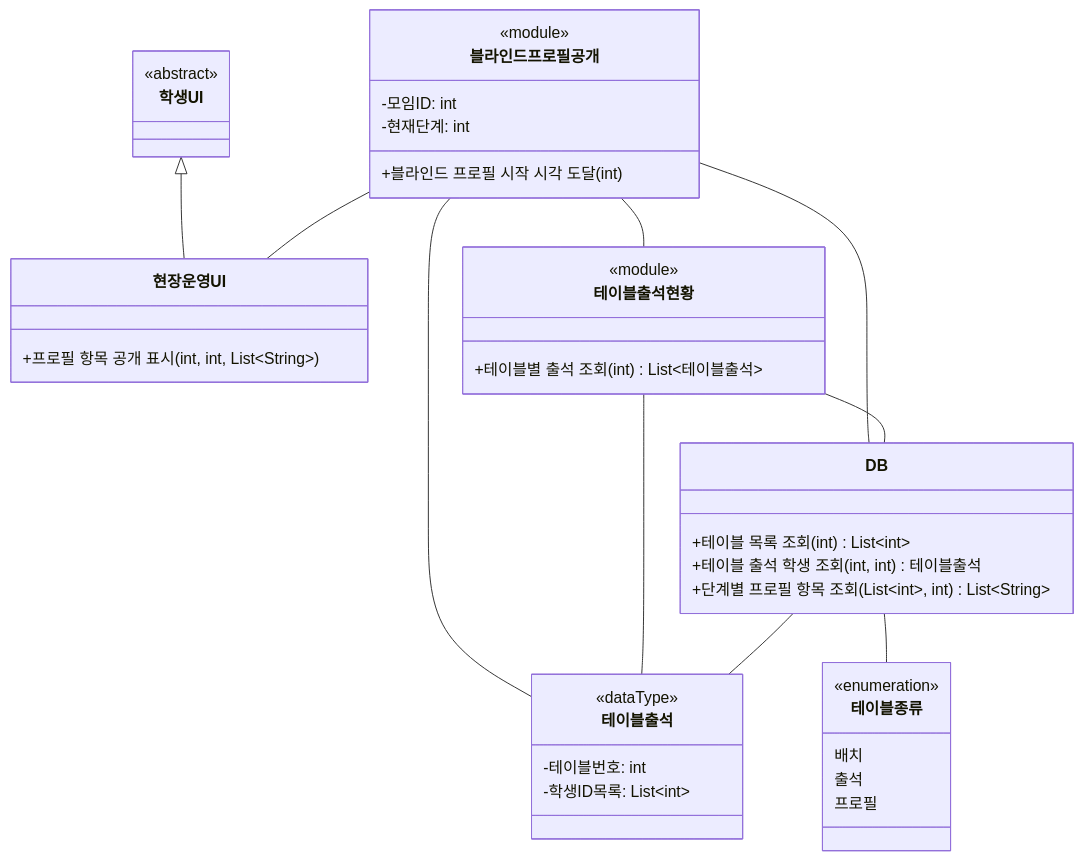
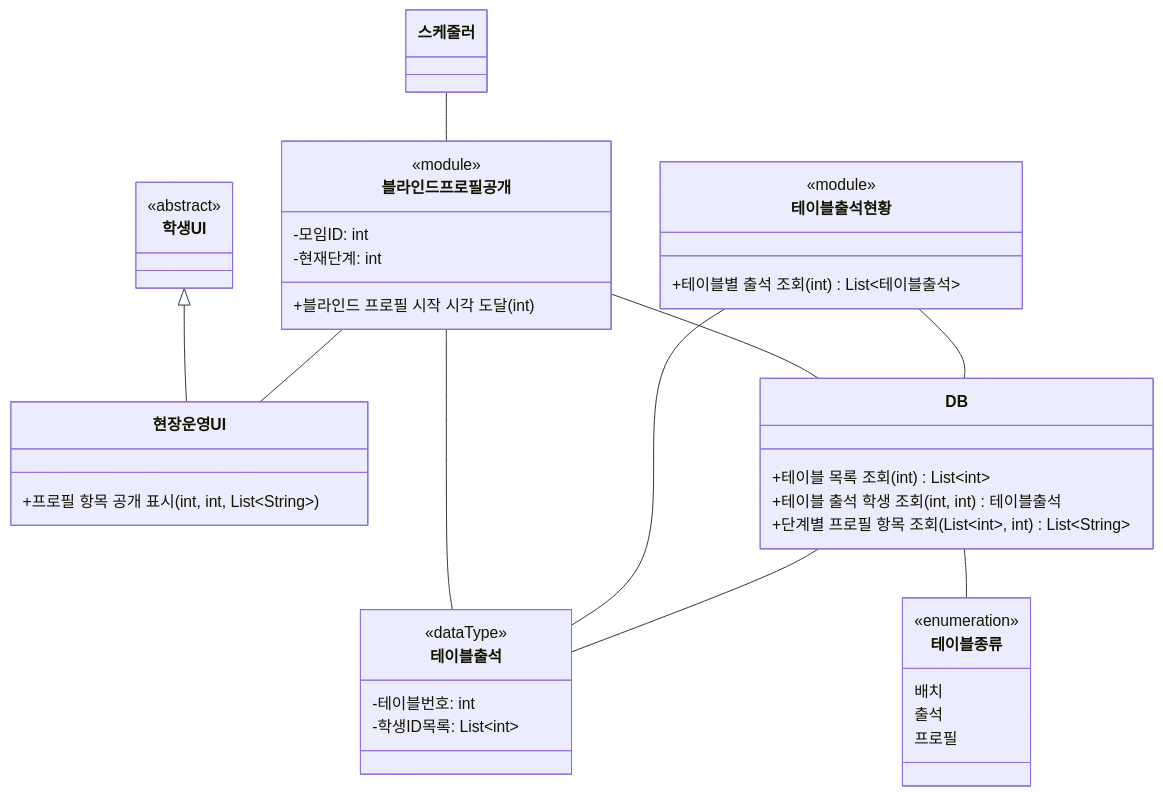
The diagram in presentation/08/3-class-v4.md (hojae3/sw-engineering-16), drawn with Mermaid before and after one commit. The commit also changed other lines of this file and 5 other files, not shown here.

````diff
--- a/presentation/08/3-class-v4.md
+++ b/presentation/08/3-class-v4.md
@@ -12,45 +12,46 @@
 ```mermaid
 classDiagram
+    class 스케줄러
     class 학생UI {
         <<abstract>>
     }
     class 현장운영UI {
         +프로필 항목 공개 표시(int, int, List~String~)
     }
     class 블라인드프로필공개 {
         <<module>>
         -모임ID: int
         -현재단계: int
         +블라인드 프로필 시작 시각 도달(int)
     }
     class 테이블출석현황 {
         <<module>>
         +테이블별 출석 조회(int) List~테이블출석~
     }
     class DB {
         +테이블 목록 조회(int) List~int~
         +테이블 출석 학생 조회(int, int) 테이블출석
         +단계별 프로필 항목 조회(List~int~, int) List~String~
     }
     class 테이블종류 {
         <<enumeration>>
         배치
         출석
         프로필
     }
     class 테이블출석 {
         <<dataType>>
         -테이블번호: int
         -학생ID목록: List~int~
     }
 
     학생UI <|-- 현장운영UI
-    블라인드프로필공개 -- 테이블출석현황
+    스케줄러 -- 블라인드프로필공개
     블라인드프로필공개 -- DB
     블라인드프로필공개 -- 현장운영UI
     블라인드프로필공개 -- 테이블출석
     테이블출석현황 -- DB
     테이블출석현황 -- 테이블출석
     DB -- 테이블출석
     DB -- 테이블종류
 ```
````
